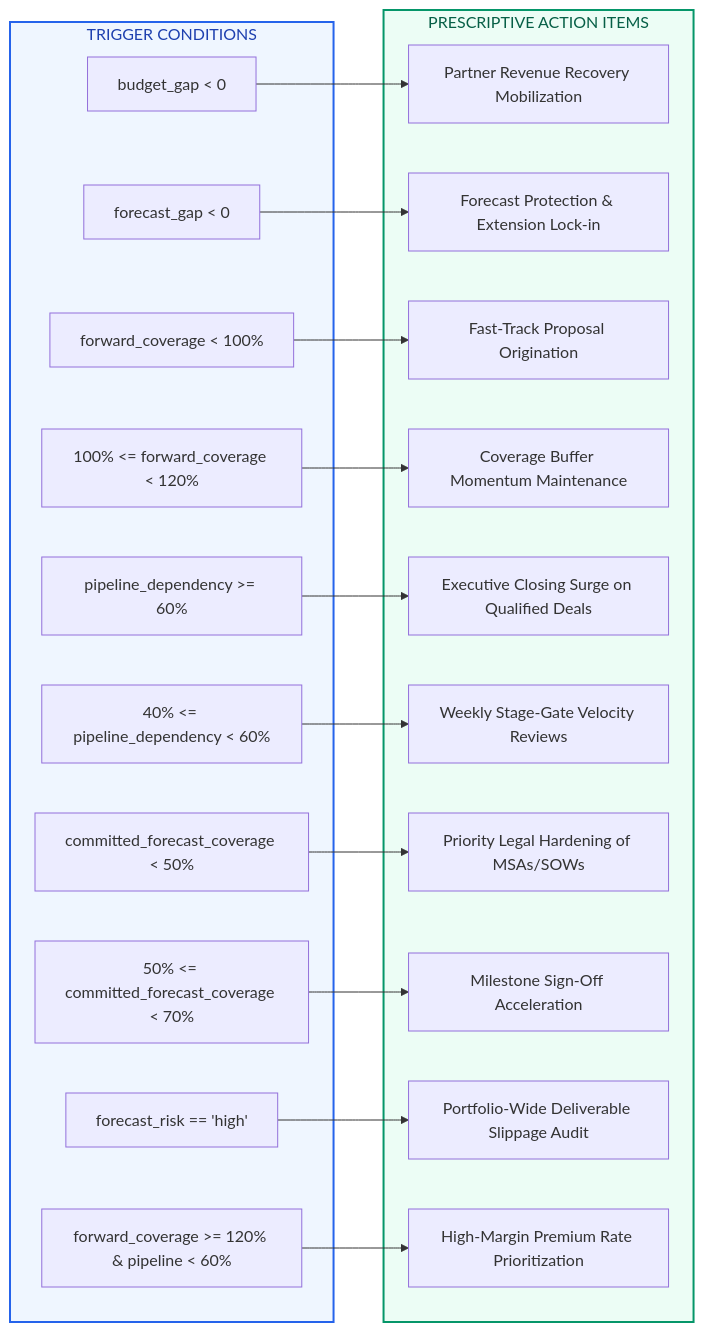
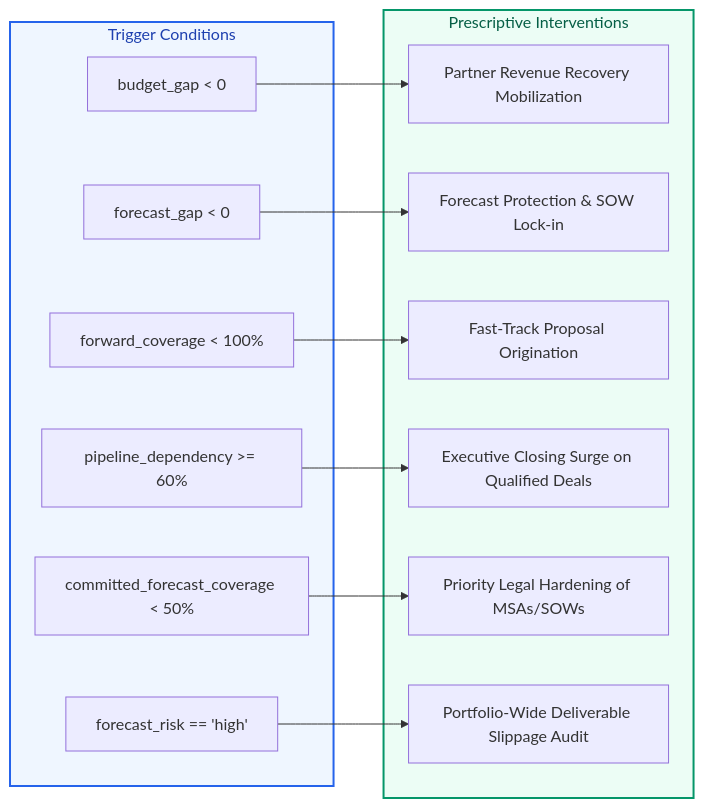
One commit to VED-VIVEK-TALMALEY/x-fin changed the second of 3 diagrams in docs/INTELLIGENCE.md. Above: the diagram before and after it, drawn with Mermaid. The commit also changed other lines of this file and 6 other files, not shown here.

````diff
--- a/docs/INTELLIGENCE.md
+++ b/docs/INTELLIGENCE.md
@@ -100,42 +92,30 @@
 ```mermaid
 flowchart LR
-    subgraph TriggerMatrix["TRIGGER CONDITIONS"]
+    subgraph Triggers["Trigger Conditions"]
         T1["budget_gap < 0"]
         T2["forecast_gap < 0"]
         T3["forward_coverage < 100%"]
-        T4["100% <= forward_coverage < 120%"]
-        T5["pipeline_dependency >= 60%"]
-        T6["40% <= pipeline_dependency < 60%"]
-        T7["committed_forecast_coverage < 50%"]
-        T8["50% <= committed_forecast_coverage < 70%"]
-        T9["forecast_risk == 'high'"]
-        T10["forward_coverage >= 120% & pipeline < 60%"]
+        T4["pipeline_dependency >= 60%"]
+        T5["committed_forecast_coverage < 50%"]
+        T6["forecast_risk == 'high'"]
     end
 
-    subgraph Actions["PRESCRIPTIVE ACTION ITEMS"]
+    subgraph Actions["Prescriptive Interventions"]
         A1["Partner Revenue Recovery Mobilization"]
-        A2["Forecast Protection & Extension Lock-in"]
+        A2["Forecast Protection & SOW Lock-in"]
         A3["Fast-Track Proposal Origination"]
-        A4["Coverage Buffer Momentum Maintenance"]
-        A5["Executive Closing Surge on Qualified Deals"]
-        A6["Weekly Stage-Gate Velocity Reviews"]
-        A7["Priority Legal Hardening of MSAs/SOWs"]
-        A8["Milestone Sign-Off Acceleration"]
-        A9["Portfolio-Wide Deliverable Slippage Audit"]
-        A10["High-Margin Premium Rate Prioritization"]
+        A4["Executive Closing Surge on Qualified Deals"]
+        A5["Priority Legal Hardening of MSAs/SOWs"]
+        A6["Portfolio-Wide Deliverable Slippage Audit"]
     end
 
     T1 --> A1
     T2 --> A2
     T3 --> A3
     T4 --> A4
     T5 --> A5
     T6 --> A6
-    T7 --> A7
-    T8 --> A8
-    T9 --> A9
-    T10 --> A10
 
-    style TriggerMatrix fill:#EFF6FF,stroke:#2563EB,stroke-width:2px,color:#1E40AF
+    style Triggers fill:#EFF6FF,stroke:#2563EB,stroke-width:2px,color:#1E40AF
     style Actions fill:#ECFDF5,stroke:#059669,stroke-width:2px,color:#065F46
 ```
````
